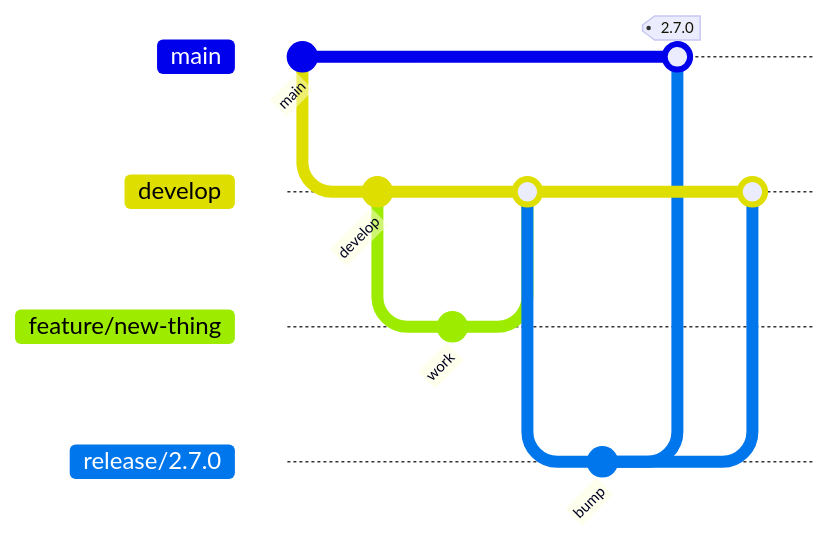
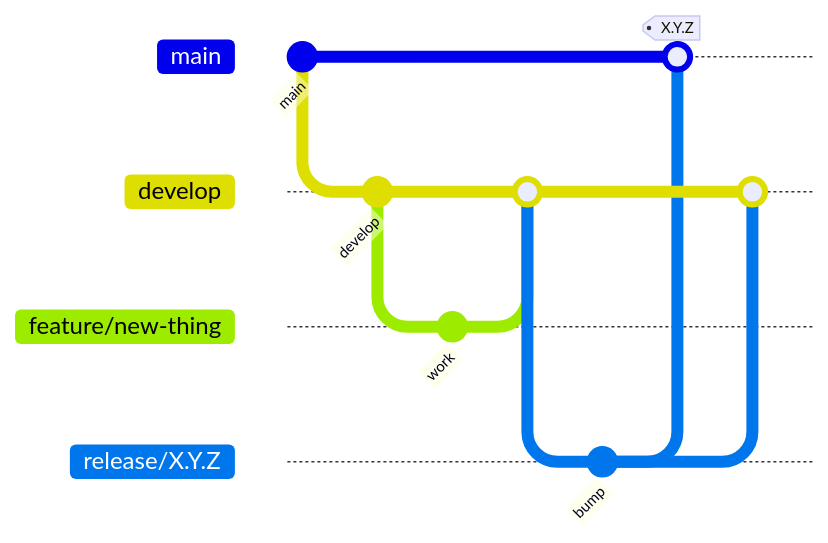
The second of 2 diagrams in docs/development/developer-guide.md (msk-access/py-gbcms), drawn with Mermaid before and after one commit. The commit also changed 22 other files, not shown here.

````diff
--- a/docs/development/developer-guide.md
+++ b/docs/development/developer-guide.md
@@ -169,16 +169,16 @@
 ```mermaid
 gitGraph
     commit id: "main"
     branch develop
     commit id: "develop"
     branch feature/new-thing
     commit id: "work"
     checkout develop
     merge feature/new-thing
-    branch release/2.7.0
+    branch release/X.Y.Z
     commit id: "bump"
     checkout main
-    merge release/2.7.0 tag: "2.7.0"
+    merge release/X.Y.Z tag: "X.Y.Z"
     checkout develop
-    merge release/2.7.0
+    merge release/X.Y.Z
 ```
````
